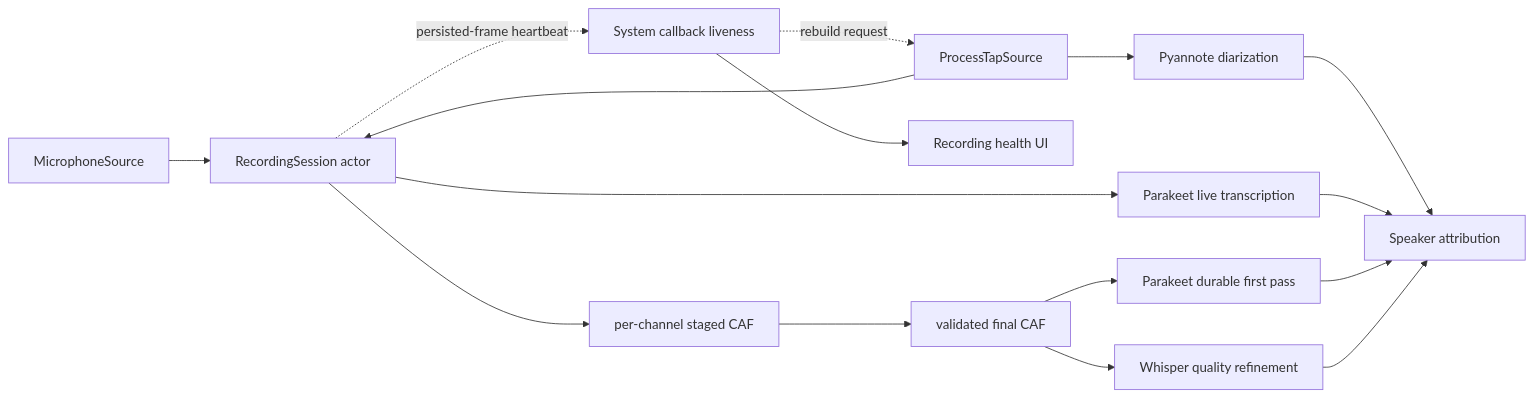
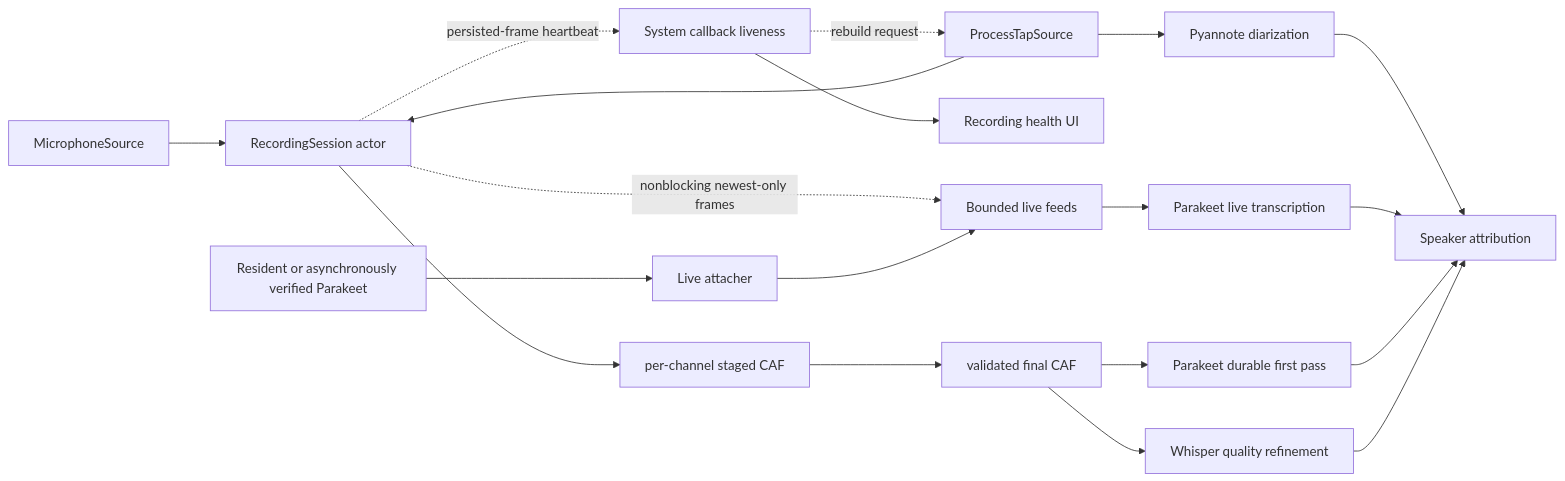
The third of 3 diagrams in docs/ARCHITECTURE.md (johnny4young/portavoz), drawn with Mermaid before and after one commit. The commit also changed other lines of this file and 22 other files, not shown here.

Commit message:
fix(transcription): hot-attach live captions

````diff
--- a/docs/ARCHITECTURE.md
+++ b/docs/ARCHITECTURE.md
@@ -511,18 +511,21 @@
 ```mermaid
 flowchart LR
     MIC[MicrophoneSource] --> SESSION[RecordingSession actor]
     SYSTEM[ProcessTapSource] --> SESSION
     SESSION --> STAGED[per-channel staged CAF]
     SESSION -. persisted-frame heartbeat .-> HEALTH[System callback liveness]
     HEALTH -. rebuild request .-> SYSTEM
     HEALTH --> NOTICE[Recording health UI]
     STAGED --> FINAL[validated final CAF]
-    SESSION --> LIVE[Parakeet live transcription]
+    SESSION -. nonblocking newest-only frames .-> BUFFER[Bounded live feeds]
+    RESIDENT[Resident or asynchronously verified Parakeet] --> ATTACH[Live attacher]
+    ATTACH --> BUFFER
+    BUFFER --> LIVE[Parakeet live transcription]
     FINAL --> DURABLE[Parakeet durable first pass]
     FINAL --> REFINE[Whisper quality refinement]
     SYSTEM --> DIARIZE[Pyannote diarization]
     DIARIZE --> ATTRIBUTE[Speaker attribution]
     LIVE --> ATTRIBUTE
     DURABLE --> ATTRIBUTE
     REFINE --> ATTRIBUTE
 ```
````
